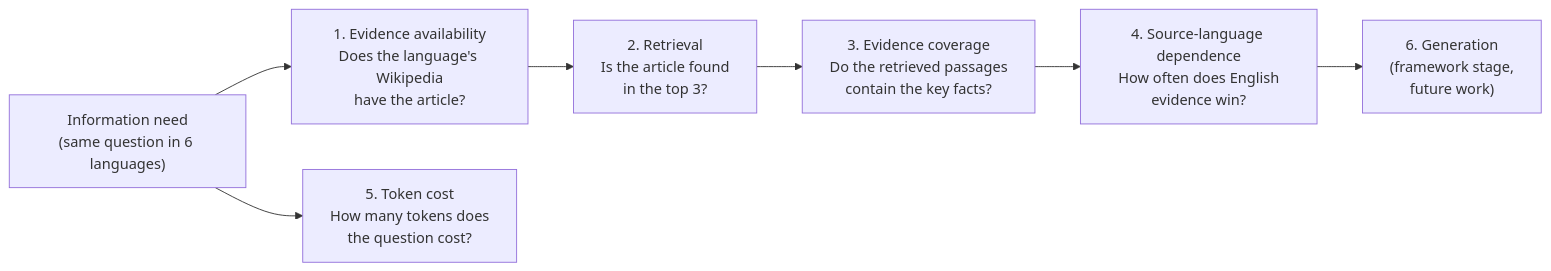
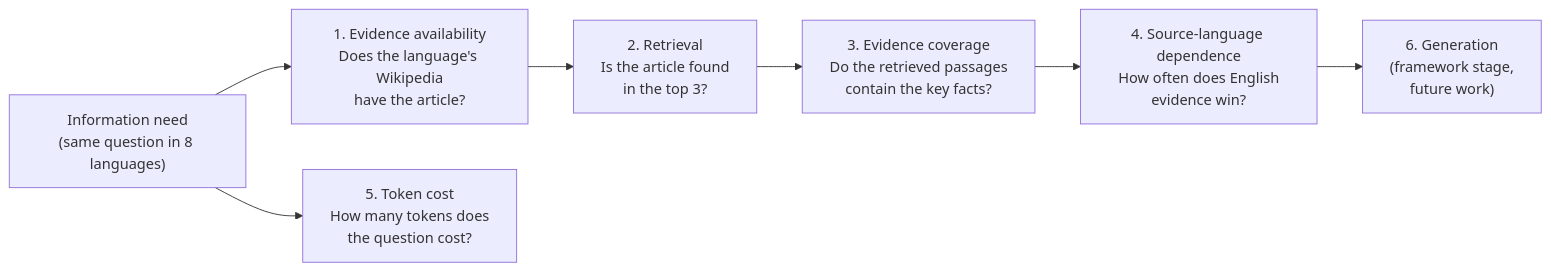
Before and after one commit to inayatarshad/linguaparity: the diagram in README.md, drawn with Mermaid. The commit also changed other lines of this file and 1 other file, not shown here.

````diff
--- a/README.md
+++ b/README.md
@@ -34,9 +34,9 @@
 ```mermaid
 flowchart LR
-    Q["Information need<br/>(same question in 6 languages)"] --> A["1. Evidence availability<br/>Does the language's Wikipedia<br/>have the article?"]
+    Q["Information need<br/>(same question in 8 languages)"] --> A["1. Evidence availability<br/>Does the language's Wikipedia<br/>have the article?"]
     A --> R["2. Retrieval<br/>Is the article found<br/>in the top 3?"]
     R --> C["3. Evidence coverage<br/>Do the retrieved passages<br/>contain the key facts?"]
     C --> S["4. Source-language dependence<br/>How often does English<br/>evidence win?"]
     Q --> T["5. Token cost<br/>How many tokens does<br/>the question cost?"]
     S --> G["6. Generation<br/>(framework stage,<br/>future work)"]
 ```
````
